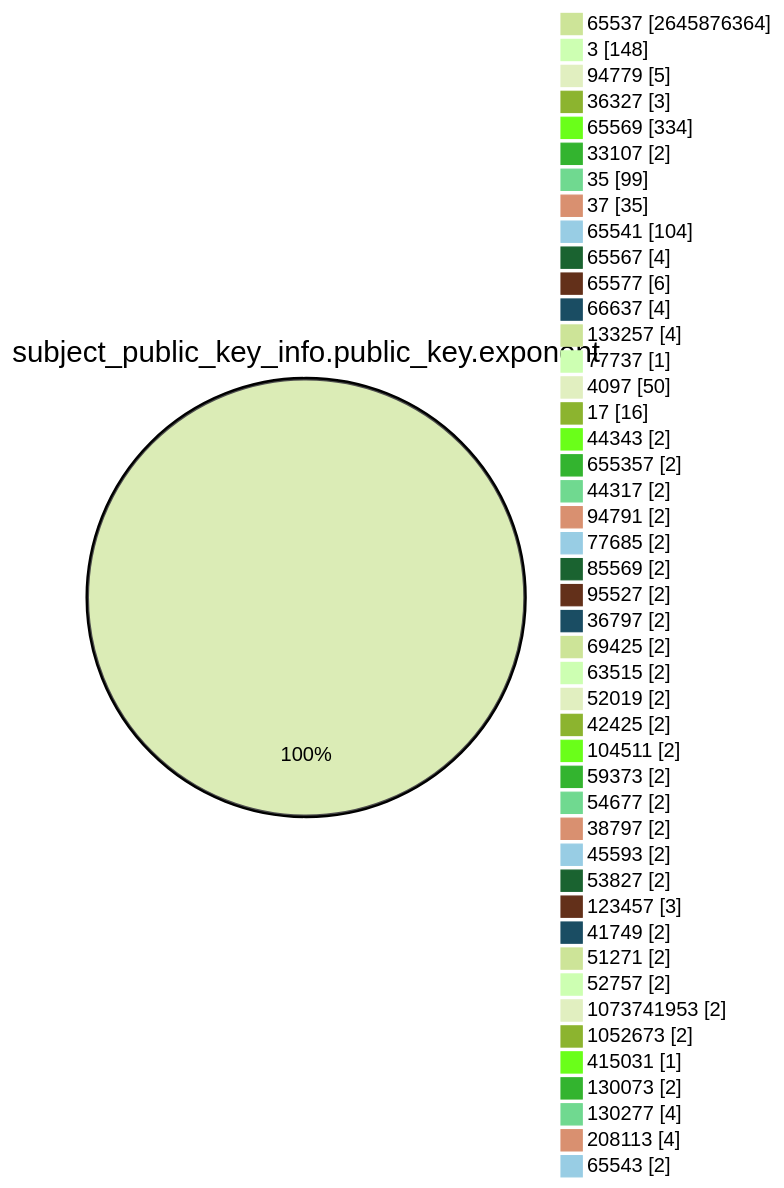
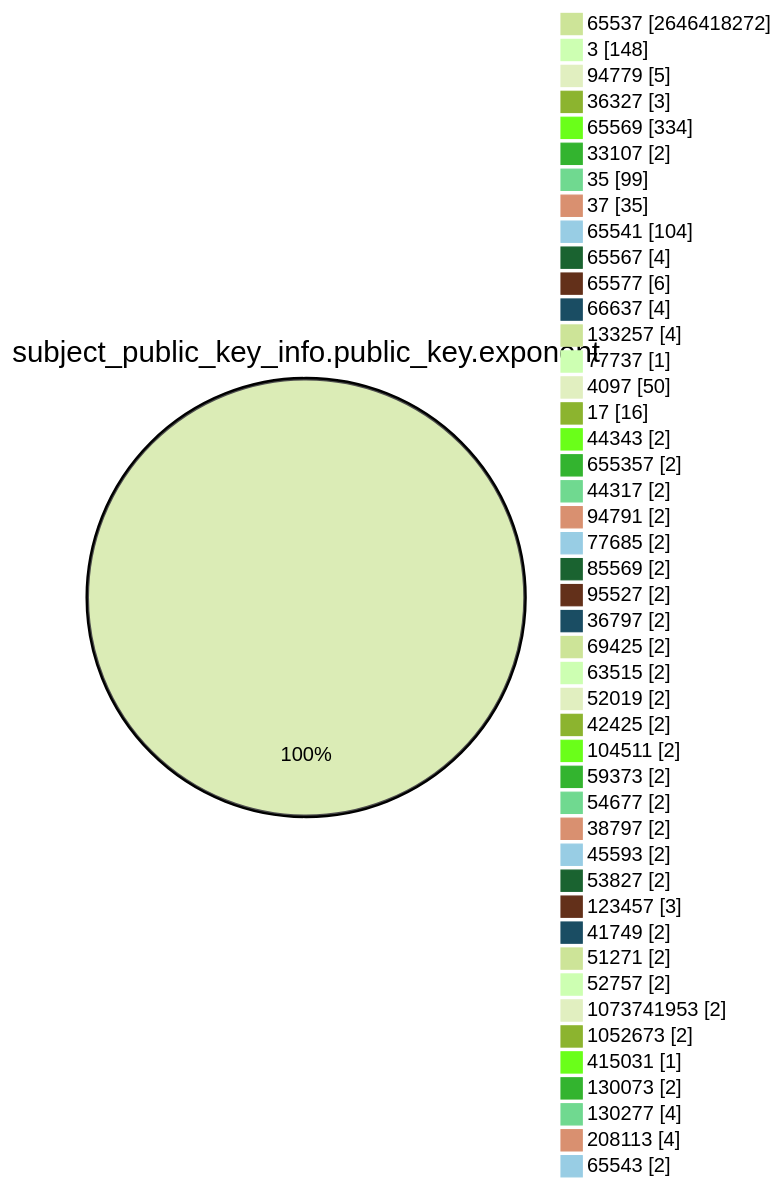
One commit to christiankrug/ctmonitor_visualization changed the fourth of 15 diagrams in TOTAL/README.md. Above: the diagram before and after it, drawn with Mermaid (forest theme). The commit also changed other lines of this file, not shown here.

````diff
--- a/TOTAL/README.md
+++ b/TOTAL/README.md
@@ -1467,49 +1467,49 @@
 ```mermaid
 pie showData
 title subject_public_key_info.public_key.exponent
-"65537" :2645876364
+"65537" :2646418272
 "3" :148
 "94779" :5
 "36327" :3
 "65569" :334
 "33107" :2
 "35" :99
 "37" :35
 "65541" :104
 "65567" :4
 "65577" :6
 "66637" :4
 "133257" :4
 "77737" :1
 "4097" :50
 "17" :16
 "44343" :2
 "655357" :2
 "44317" :2
 "94791" :2
 "77685" :2
 "85569" :2
 "95527" :2
 "36797" :2
 "69425" :2
 "63515" :2
 "52019" :2
 "42425" :2
 "104511" :2
 "59373" :2
 "54677" :2
 "38797" :2
 "45593" :2
 "53827" :2
 "123457" :3
 "41749" :2
 "51271" :2
 "52757" :2
 "1073741953" :2
 "1052673" :2
 "415031" :1
 "130073" :2
 "130277" :4
 "208113" :4
 "65543" :2
 ```
````
